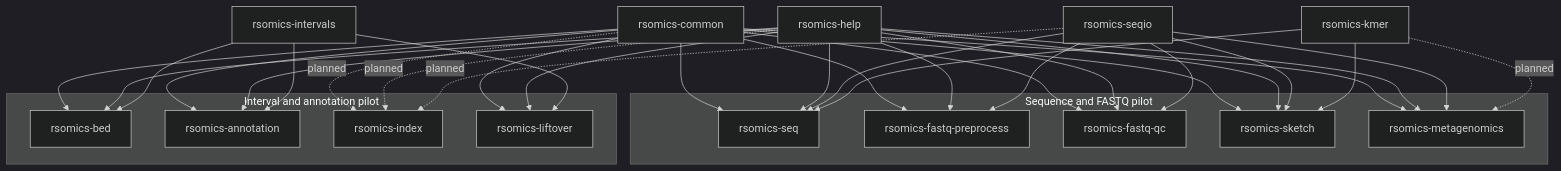
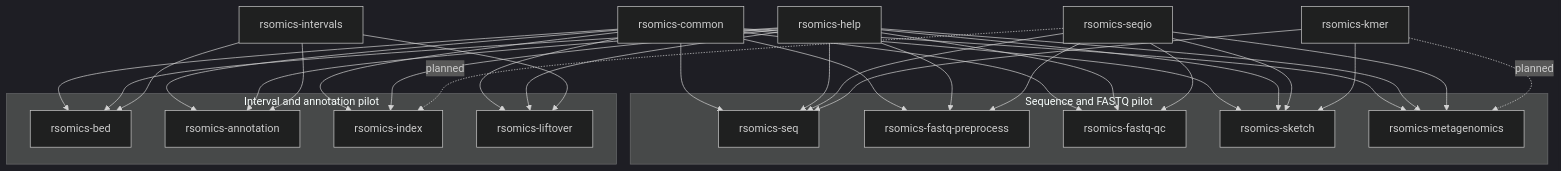
Before and after one commit to omics-rust/rsomics-world: the diagram in docs/10-products/README.md, drawn with Mermaid (dark theme). The commit also changed other lines of this file and 3 other files, not shown here.

````diff
--- a/docs/10-products/README.md
+++ b/docs/10-products/README.md
@@ -69,48 +69,48 @@
 ```mermaid
 flowchart TB
     subgraph sequence["Sequence and FASTQ pilot"]
         seq["rsomics-seq"]
         prep["rsomics-fastq-preprocess"]
         qc["rsomics-fastq-qc"]
         sketch["rsomics-sketch"]
         meta["rsomics-metagenomics"]
     end
 
     subgraph interval["Interval and annotation pilot"]
         bed["rsomics-bed"]
         annotation["rsomics-annotation"]
         index["rsomics-index"]
         liftover["rsomics-liftover"]
     end
 
     common["rsomics-common"] --> seq
     common --> prep
     common --> bed
     common --> annotation
     common --> liftover
     common --> qc
     common --> sketch
     common --> meta
-    common -. planned .-> index
+    common --> index
     help["rsomics-help"] --> seq
     help --> prep
     help --> bed
     help --> annotation
     help --> liftover
     help --> qc
     help --> sketch
     help --> meta
-    help -. planned .-> index
+    help --> index
     seqio["rsomics-seqio"] --> seq
     seqio --> prep
     seqio --> qc
     seqio --> sketch
     seqio --> meta
     seqio -. planned .-> index
     kmer["rsomics-kmer"] --> seq
     kmer --> sketch
     kmer -. planned .-> meta
     intervals["rsomics-intervals"] --> bed
     intervals --> annotation
     intervals --> liftover
 ```
````
